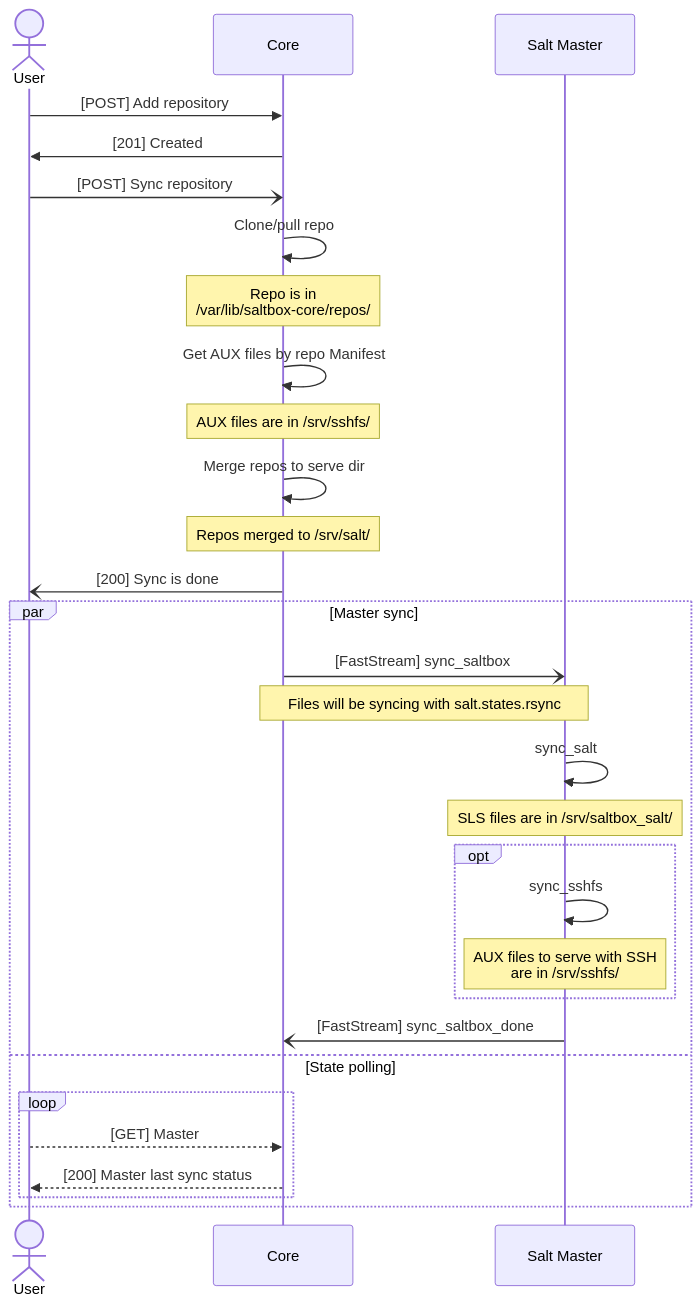
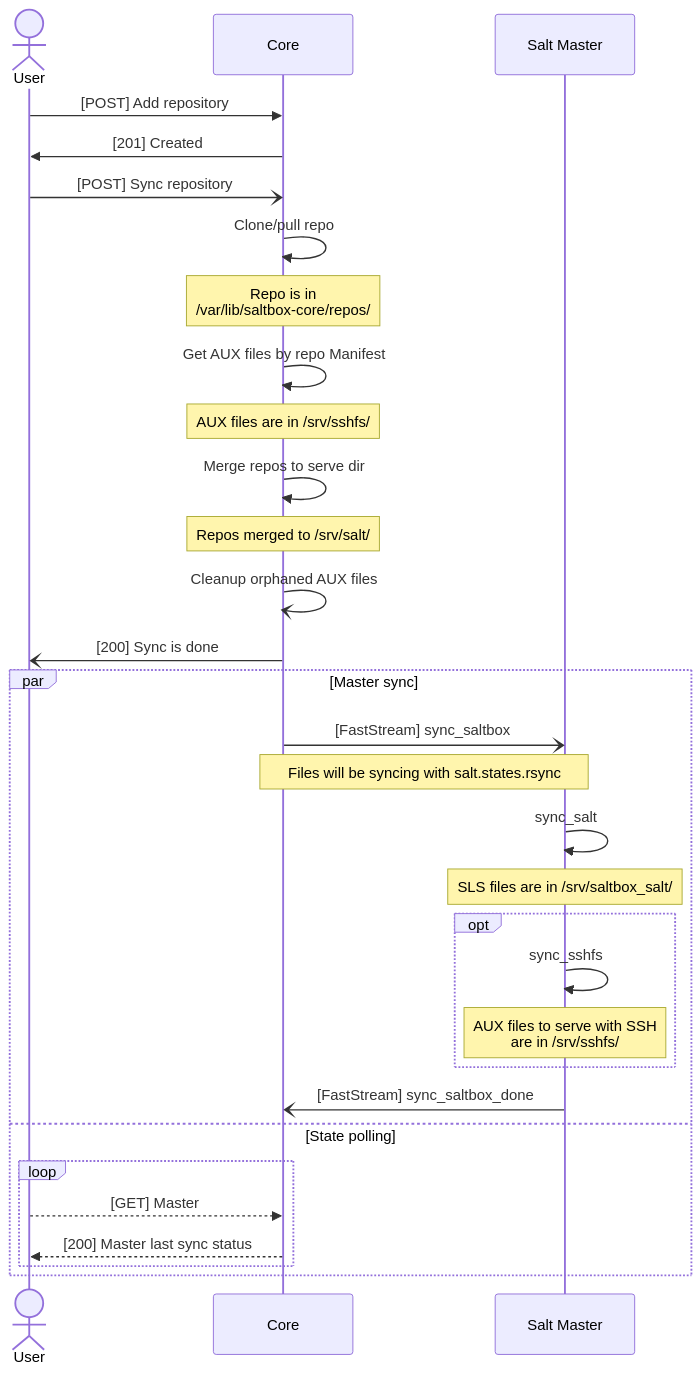
One commit to saltbox-pro/saltbox-core changed the first of 2 diagrams in common_flows.md. Above: the diagram before and after it, drawn with Mermaid. The commit also changed other lines of this file, not shown here.

Commit message:
Add AUX files cleanup to diagram

````diff
--- a/common_flows.md
+++ b/common_flows.md
@@ -7,35 +7,36 @@
 ```mermaid
 sequenceDiagram
   actor User
   participant Core
   participant Master as Salt Master
 
   User ->> Core: [POST] Add repository
   Core ->> User: [201] Created
   User -) Core: [POST] Sync repository
   Core ->> Core: Clone/pull repo
   Note over Core: Repo is in<br>/var/lib/saltbox-core/repos/
   Core ->> Core: Get AUX files by repo Manifest
   Note over Core: AUX files are in /srv/sshfs/
   Core ->> Core: Merge repos to serve dir
   Note over Core: Repos merged to /srv/salt/
+  Core -) Core: Cleanup orphaned AUX files
 
   Core -) User: [200] Sync is done
 
   par Master sync
     Core -) Master: [FastStream] sync_saltbox
     Note over Core,Master: Files will be syncing with salt.states.rsync
     Master ->> Master: sync_salt
     Note over Master: SLS files are in /srv/saltbox_salt/
     opt
         Master ->> Master: sync_sshfs
         Note over Master: AUX files to serve with SSH<br>are in /srv/sshfs/
     end
     Master -) Core: [FastStream] sync_saltbox_done
   and State polling
     loop
         User -->> Core: [GET] Master
         Core -->> User: [200] Master last sync status
     end
   end
 ```
````
